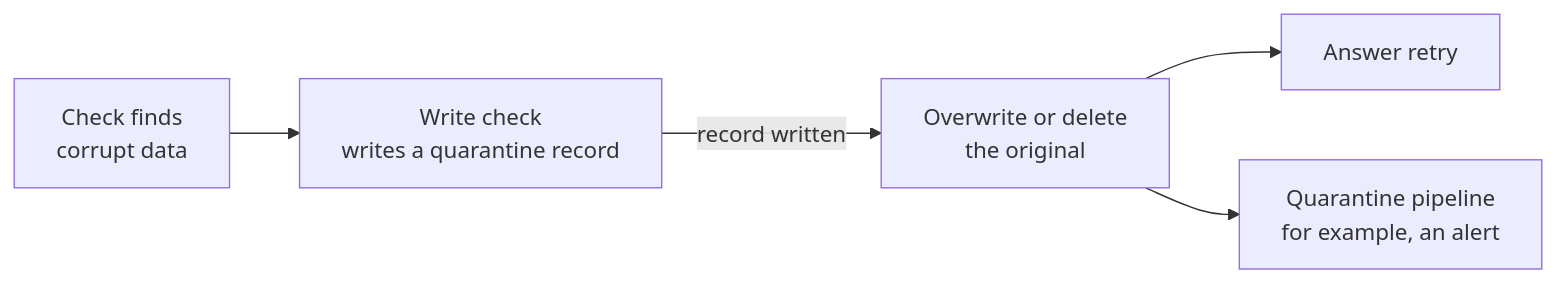
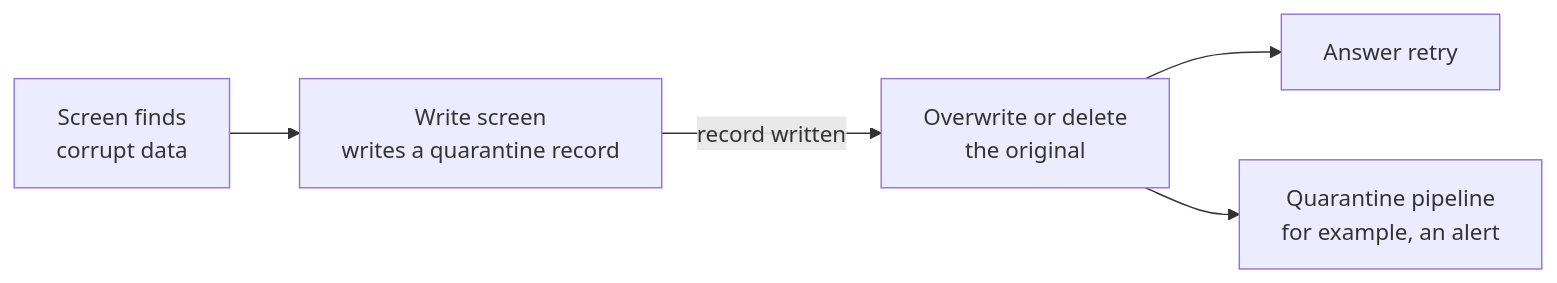
One commit to bristweb/yafidb changed the fifth of 5 diagrams in docs/architecture.md. Above: the diagram before and after it, drawn with Mermaid. The commit also changed other lines of this file and 29 other files, not shown here.

First line of the commit message:
Rename check to screen

````diff
--- a/docs/architecture.md
+++ b/docs/architecture.md
@@ -164,7 +164,7 @@
 ```mermaid
 flowchart LR
-    F[Check finds<br/>corrupt data] --> Q[Write check<br/>writes a quarantine record]
+    F[Screen finds<br/>corrupt data] --> Q[Write screen<br/>writes a quarantine record]
     Q -->|record written| T[Overwrite or delete<br/>the original]
     T --> R[Answer retry]
     T --> N[Quarantine pipeline<br/>for example, an alert]
 ```
````
